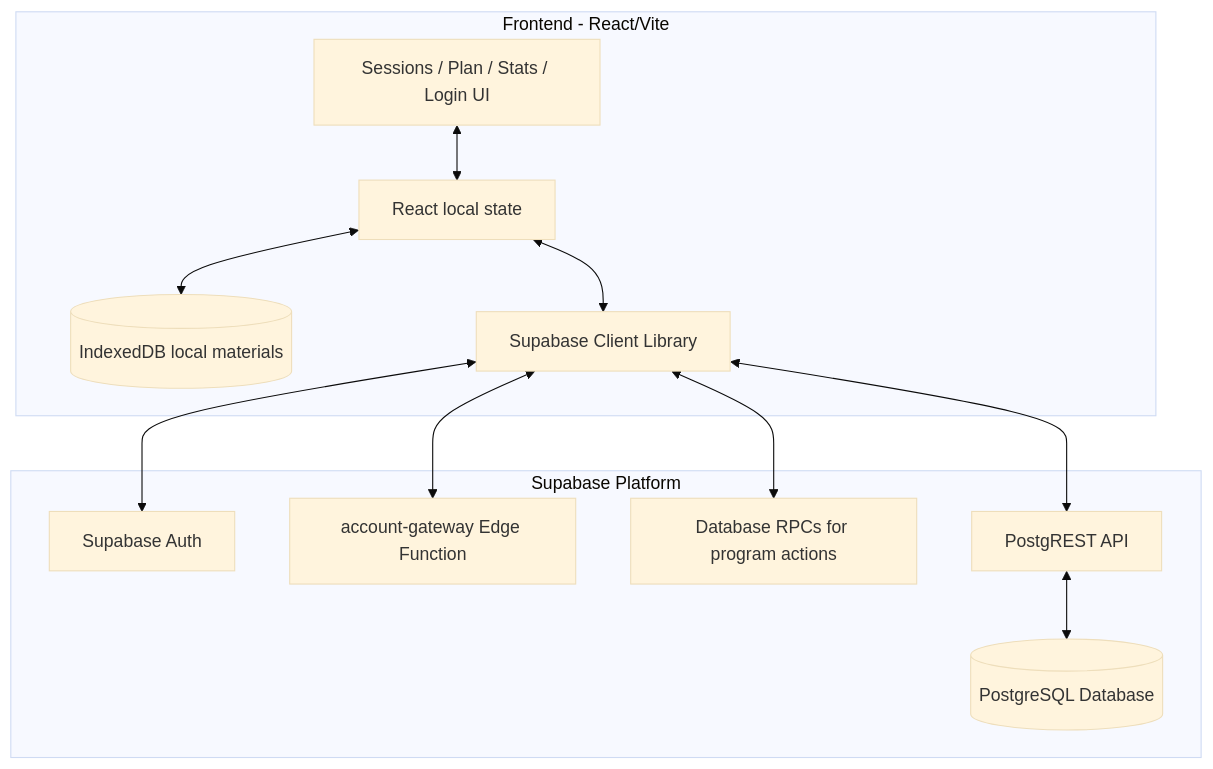
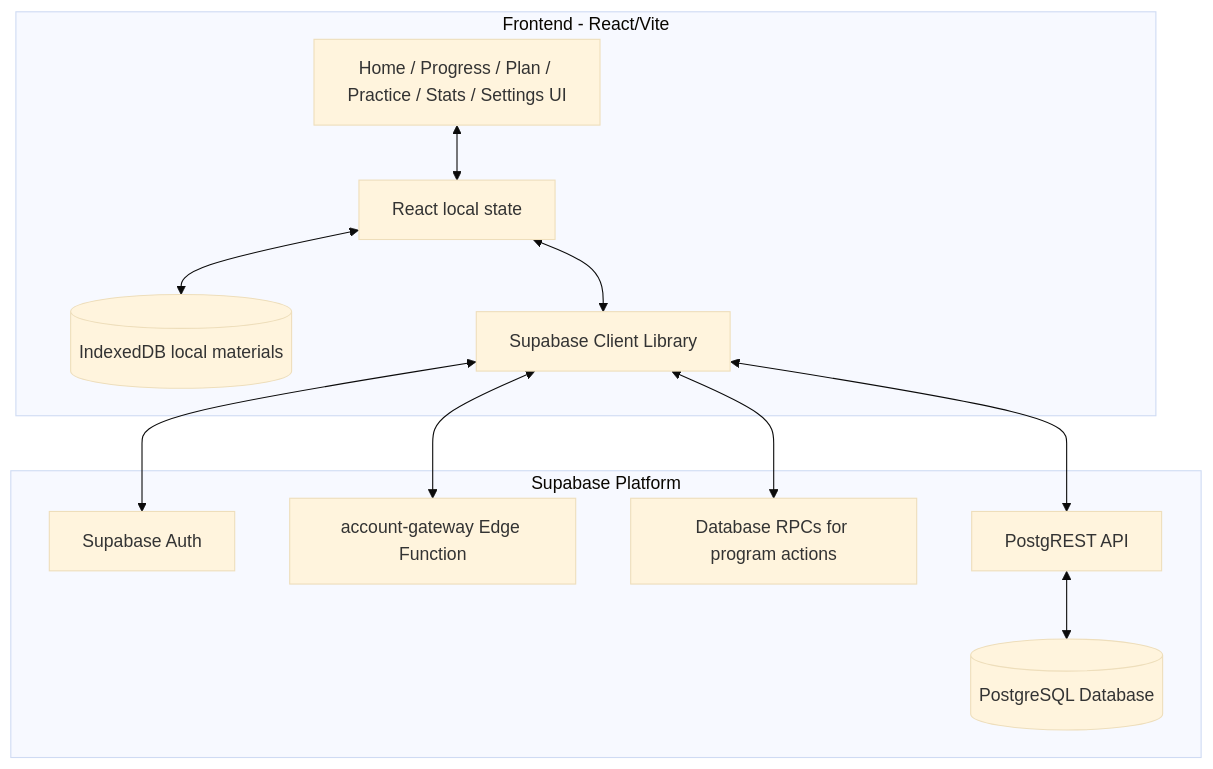
The diagram in docs/architecture.md (pro100seva-stack/guitar-practice-hub), drawn with Mermaid (base theme) before and after one commit. The commit also changed other lines of this file and 29 other files, not shown here.

Commit message:
Complete program timeline and planning workflow

````diff
--- a/docs/architecture.md
+++ b/docs/architecture.md
@@ -7,26 +7,26 @@
 ```mermaid
 graph TD
     subgraph Client_Side [Frontend - React/Vite]
-        UI[Sessions / Plan / Stats / Login UI]
+        UI[Home / Progress / Plan / Practice / Stats / Settings UI]
         State[React local state]
         LocalStore[(IndexedDB local materials)]
         SupabaseClient[Supabase Client Library]
     end
 
     subgraph Backend_as_a_Service [Supabase Platform]
         Auth[Supabase Auth]
         Edge[account-gateway Edge Function]
         RPC[Database RPCs for program actions]
         API[PostgREST API]
         DB[(PostgreSQL Database)]
     end
 
     UI <--> State
     State <--> SupabaseClient
     State <--> LocalStore
     SupabaseClient <--> Auth
     SupabaseClient <--> Edge
     SupabaseClient <--> RPC
     SupabaseClient <--> API
     API <--> DB
 ```
````
